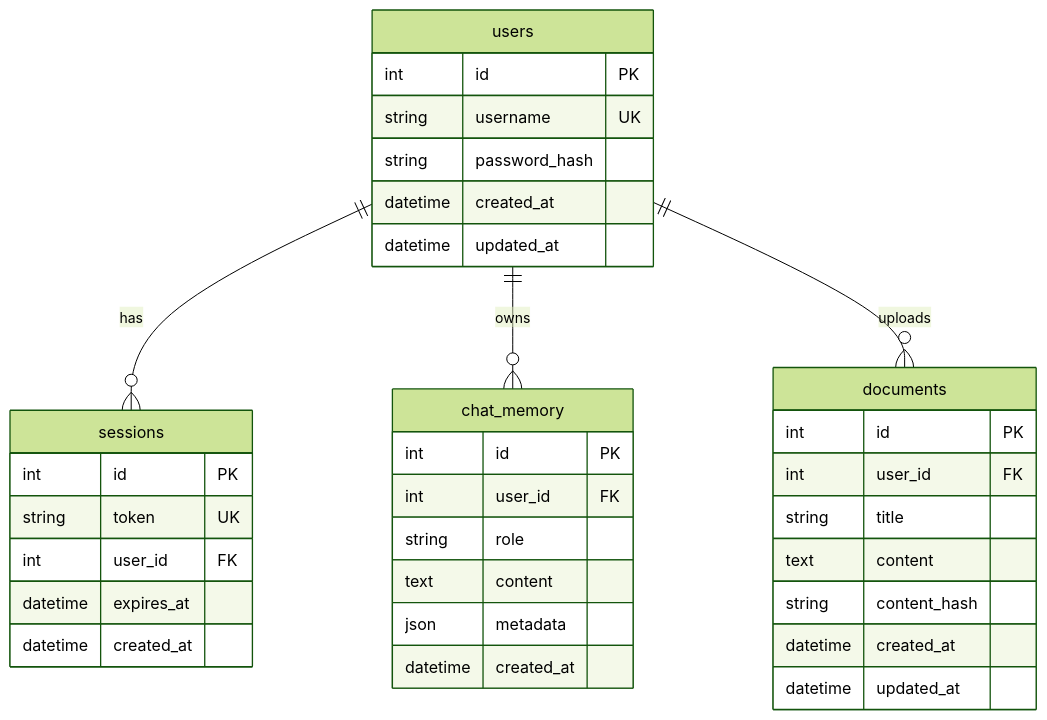
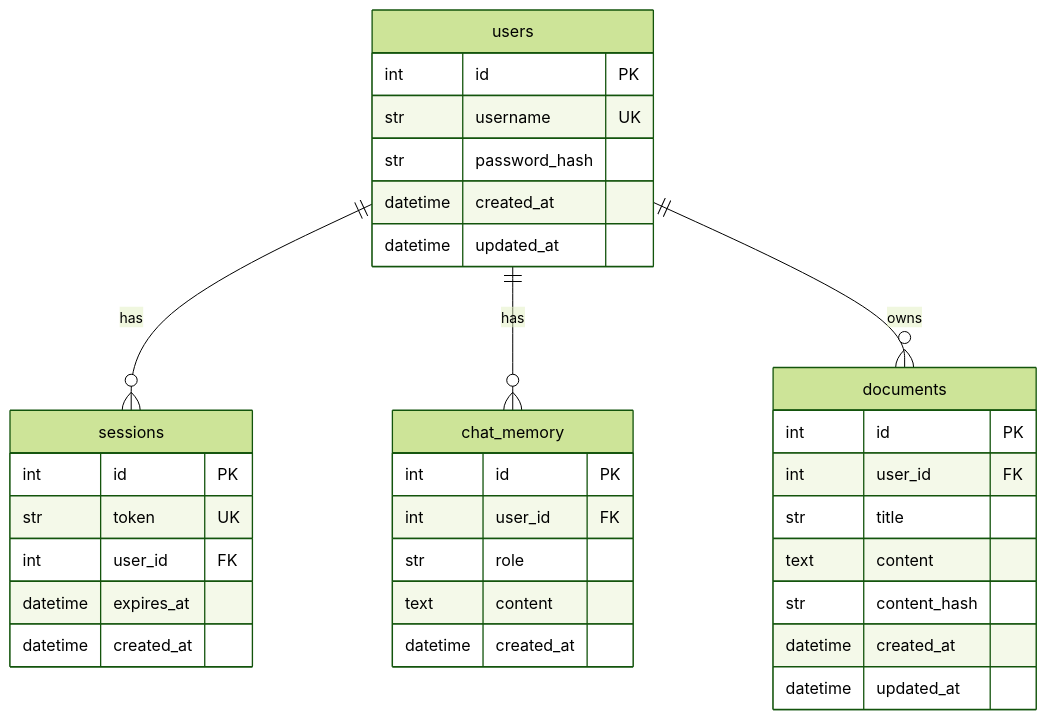
Before and after one commit to terra-AI4Good/terra-backend: the eighth of 9 diagrams in docs/architecture.md, drawn with Mermaid (forest theme). The commit also changed other lines of this file and 7 other files, not shown here.

````diff
--- a/docs/architecture.md
+++ b/docs/architecture.md
@@ -322,41 +284,37 @@
 ```mermaid
 erDiagram
     users {
         int id PK
-        string username UK
-        string password_hash
+        str username UK
+        str password_hash
         datetime created_at
         datetime updated_at
     }
-
     sessions {
         int id PK
-        string token UK
+        str token UK
         int user_id FK
         datetime expires_at
         datetime created_at
     }
-
     chat_memory {
         int id PK
         int user_id FK
-        string role
+        str role
         text content
-        json metadata
         datetime created_at
     }
-
     documents {
         int id PK
         int user_id FK
-        string title
+        str title
         text content
-        string content_hash
+        str content_hash
         datetime created_at
         datetime updated_at
     }
 
     users ||--o{ sessions : "has"
-    users ||--o{ chat_memory : "owns"
-    users ||--o{ documents : "uploads"
+    users ||--o{ chat_memory : "has"
+    users ||--o{ documents : "owns"
 ```
````
